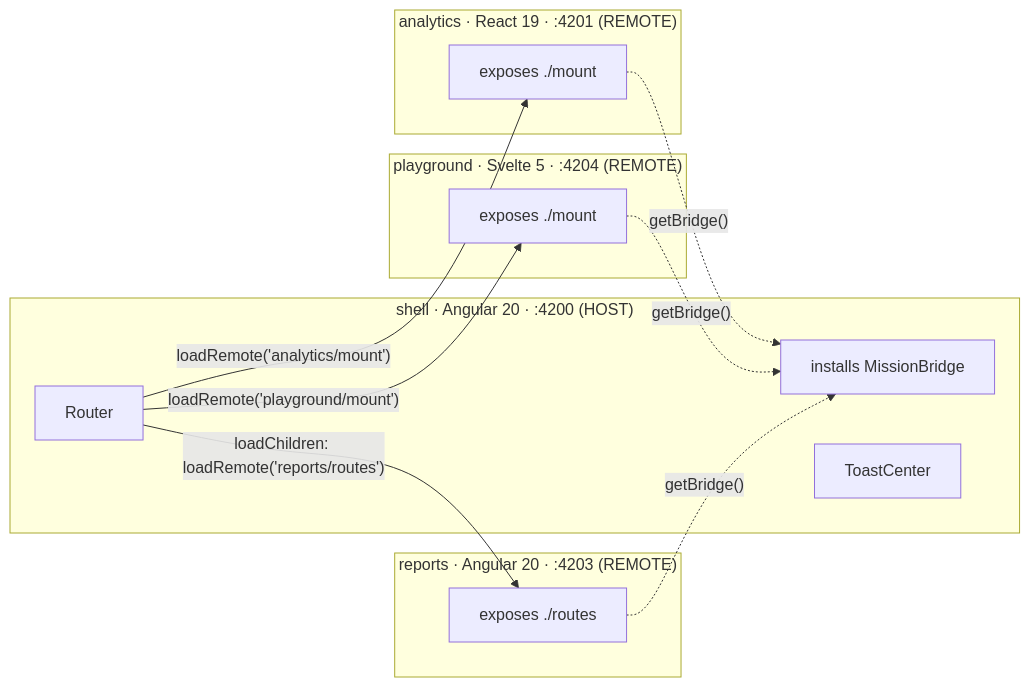
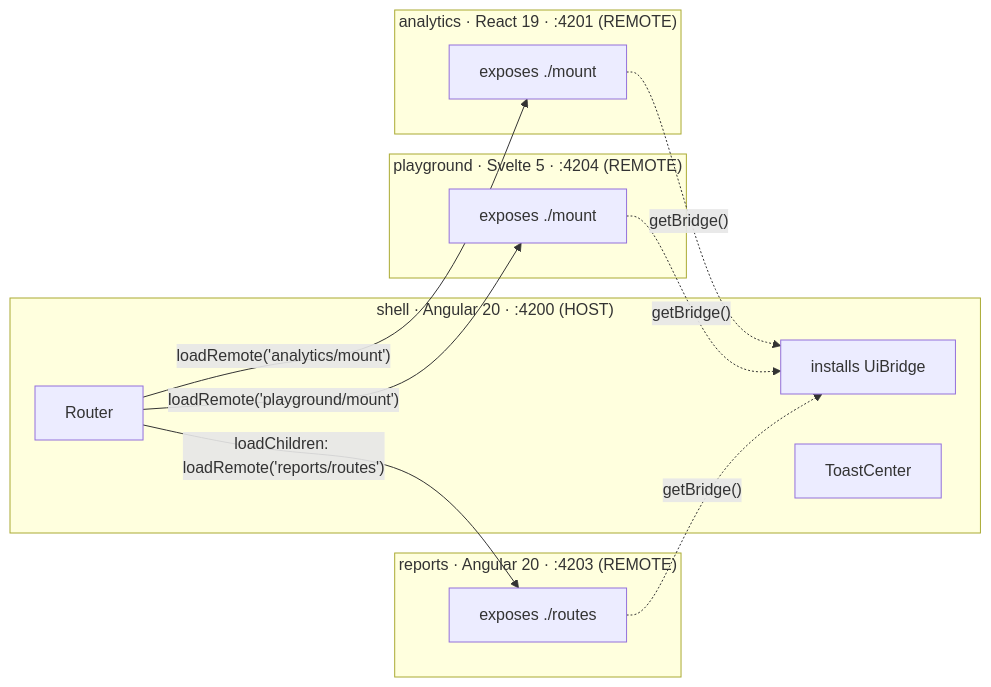
Before and after one commit to Robertcl795/MFEs-Mission-Control: the diagram in ARCHITECTURE.md, drawn with Mermaid. The commit also changed other lines of this file and 74 other files, not shown here.

````diff
--- a/ARCHITECTURE.md
+++ b/ARCHITECTURE.md
@@ -7,23 +7,23 @@
 ```mermaid
 graph LR
     subgraph shell["shell · Angular 20 · :4200 (HOST)"]
-        BR[installs MissionBridge]
+        BR[installs UiBridge]
         TC[ToastCenter]
         RT[Router]
     end
     subgraph analytics["analytics · React 19 · :4201 (REMOTE)"]
         AM["exposes ./mount"]
     end
     subgraph playground["playground · Svelte 5 · :4204 (REMOTE)"]
         DM["exposes ./mount"]
     end
     subgraph reports["reports · Angular 20 · :4203 (REMOTE)"]
         RR["exposes ./routes"]
     end
     RT -- "loadRemote('analytics/mount')" --> AM
     RT -- "loadRemote('playground/mount')" --> DM
     RT -- "loadChildren: loadRemote('reports/routes')" --> RR
     AM -. "getBridge()" .-> BR
     DM -. "getBridge()" .-> BR
     RR -. "getBridge()" .-> BR
 ```
````
